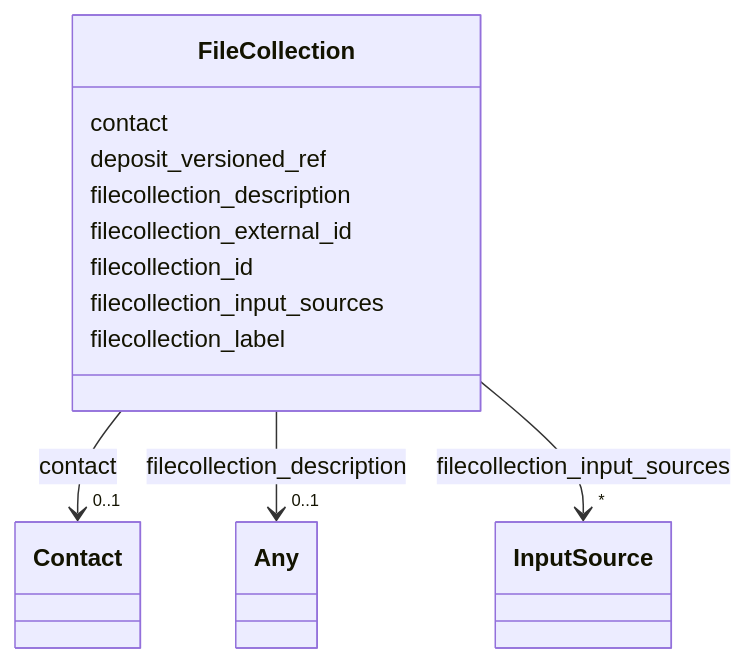
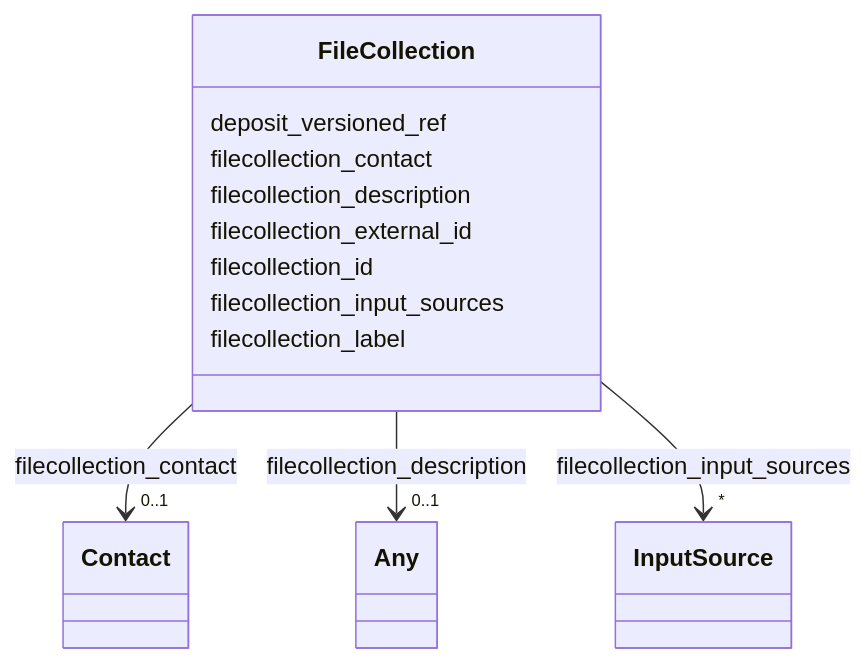
The diagram in docs/FileCollection.md (fairtracks/fga-wg), drawn with Mermaid before and after one commit. The commit also changed other lines of this file and 20 other files, not shown here.

Commit message:
Add missing "studies" to TopLevel and rename filecollection_contact

````diff
--- a/docs/FileCollection.md
+++ b/docs/FileCollection.md
@@ -23,47 +23,47 @@
 ```mermaid
  classDiagram
     class FileCollection
     click FileCollection href "../FileCollection/"
-      FileCollection : contact
+      FileCollection : deposit_versioned_ref
+        
+      FileCollection : filecollection_contact
         
           
     
         
         
-        FileCollection --> "0..1" Contact : contact
+        FileCollection --> "0..1" Contact : filecollection_contact
         click Contact href "../Contact/"
     
 
-        
-      FileCollection : deposit_versioned_ref
         
       FileCollection : filecollection_description
         
           
     
         
         
         FileCollection --> "0..1" Any : filecollection_description
         click Any href "../Any/"
     
 
         
       FileCollection : filecollection_external_id
         
       FileCollection : filecollection_id
         
       FileCollection : filecollection_input_sources
         
           
     
         
         
         FileCollection --> "*" InputSource : filecollection_input_sources
         click InputSource href "../InputSource/"
     
 
         
       FileCollection : filecollection_label
         
       
 ```
````
